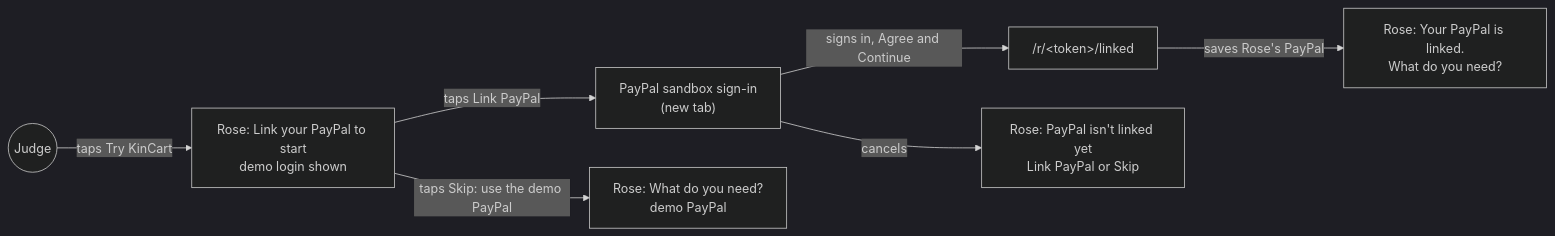
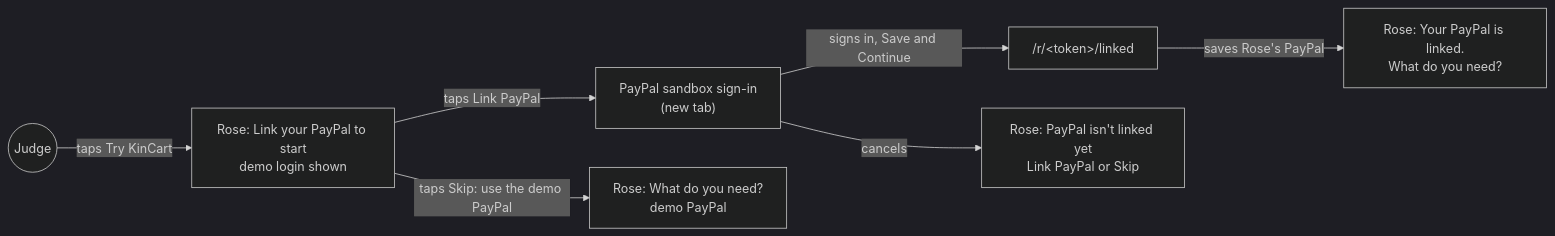
The first of 5 diagrams in docs/specs/link-paypal-onboarding.md (dzaffren/kincart), drawn with Mermaid (dark theme) before and after one commit. The commit also changed other lines of this file, not shown here.

````diff
--- a/docs/specs/link-paypal-onboarding.md
+++ b/docs/specs/link-paypal-onboarding.md
@@ -35,9 +35,9 @@
 ```mermaid
 flowchart LR
     J((Judge)) -- "taps Try KinCart" --> L["Rose: Link your PayPal to start<br/>demo login shown"]
     L -- "taps Link PayPal" --> P["PayPal sandbox sign-in<br/>(new tab)"]
-    P -- "signs in, Agree and Continue" --> R["/r/&lt;token&gt;/linked"]
+    P -- "signs in, Save and Continue" --> R["/r/&lt;token&gt;/linked"]
     R -- "saves Rose's PayPal" --> A["Rose: Your PayPal is linked.<br/>What do you need?"]
     L -- "taps Skip: use the demo PayPal" --> D["Rose: What do you need?<br/>demo PayPal"]
     P -- "cancels" --> N["Rose: PayPal isn't linked yet<br/>Link PayPal or Skip"]
 ```
````
